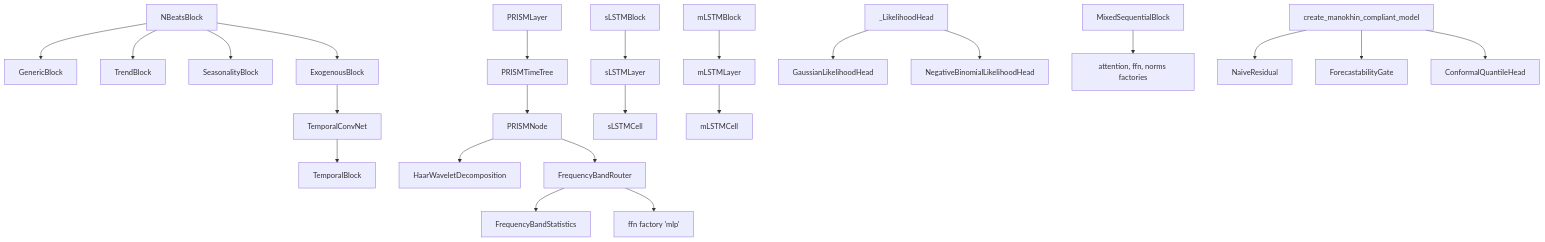
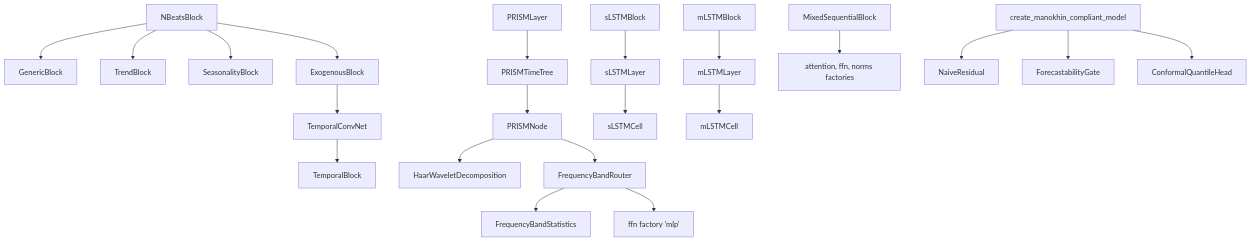
One commit to NikolasMarkou/dl_techniques changed the diagram in src/dl_techniques/layers/time_series/AGENTS.md. Above: the diagram before and after it, drawn with Mermaid. The commit also changed other lines of this file and 14 other files, not shown here.

````diff
--- a/src/dl_techniques/layers/time_series/AGENTS.md
+++ b/src/dl_techniques/layers/time_series/AGENTS.md
@@ -18,21 +18,19 @@
 ```mermaid
 flowchart TD
     NB[NBeatsBlock] --> GB[GenericBlock]
     NB --> TB[TrendBlock]
     NB --> SB[SeasonalityBlock]
     NB --> EB[ExogenousBlock]
     EB --> TCN[TemporalConvNet]
     TCN --> TBL[TemporalBlock]
     PL[PRISMLayer] --> PT[PRISMTimeTree] --> PN[PRISMNode]
     PN --> HW[HaarWaveletDecomposition]
     PN --> FR[FrequencyBandRouter] --> FS[FrequencyBandStatistics]
     FR --> MLP[ffn factory 'mlp']
     SBk[sLSTMBlock] --> SL[sLSTMLayer] --> SC[sLSTMCell]
     MBk[mLSTMBlock] --> ML[mLSTMLayer] --> MC[mLSTMCell]
-    LH[_LikelihoodHead] --> GH[GaussianLikelihoodHead]
-    LH --> NH[NegativeBinomialLikelihoodHead]
     MSB[MixedSequentialBlock] --> FAC[attention, ffn, norms factories]
     MM[create_manokhin_compliant_model] --> NR[NaiveResidual]
     MM --> FG[ForecastabilityGate]
     MM --> CQ[ConformalQuantileHead]
 ```
````
